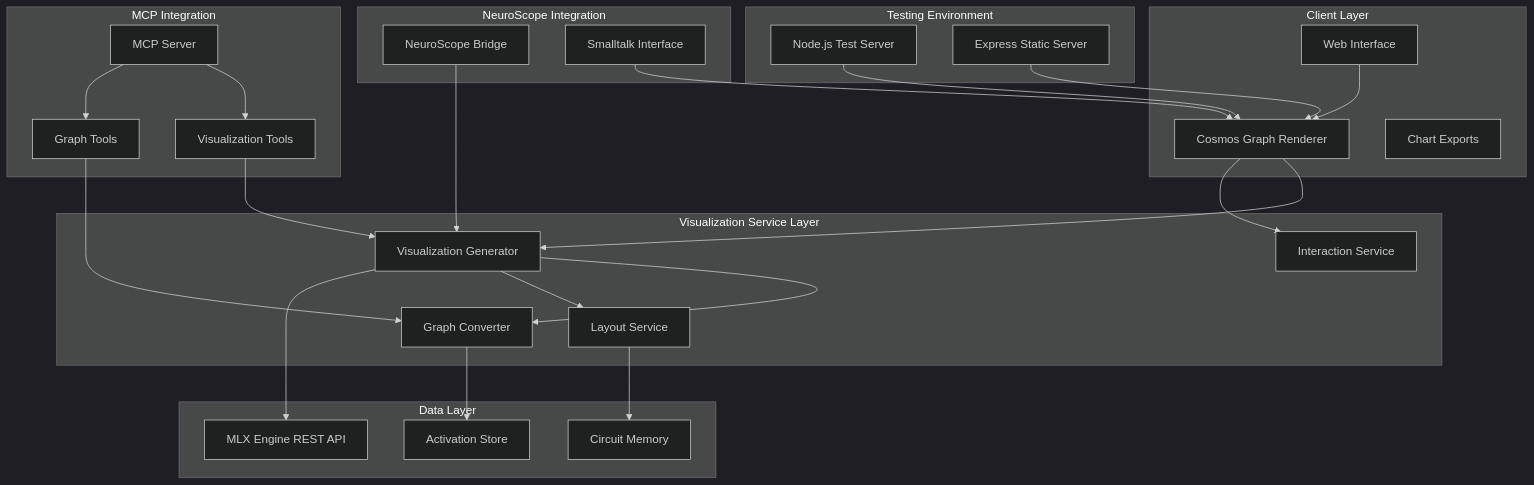
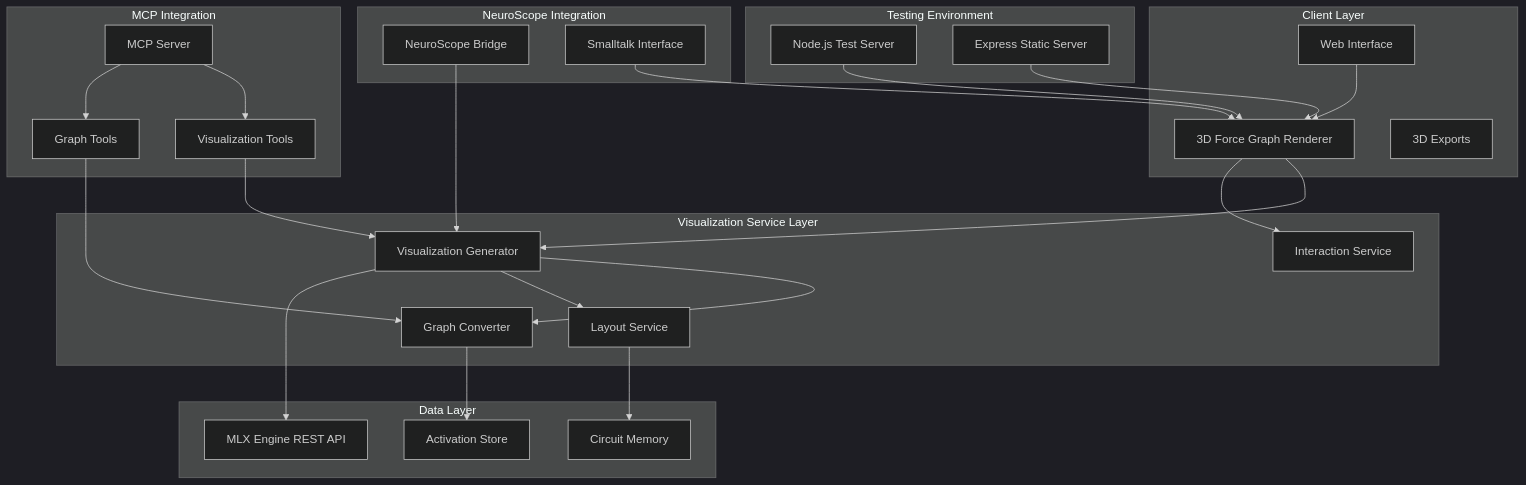
The first of 2 diagrams in .kiro/specs/visualization/design.md (ccrraaiigg/mlx-engine-neuroscope), drawn with Mermaid (dark theme) before and after one commit. The commit also changed other lines of this file and 11 other files, not shown here.

````diff
--- a/.kiro/specs/visualization/design.md
+++ b/.kiro/specs/visualization/design.md
@@ -22,58 +22,58 @@
 ```mermaid
 graph TB
     subgraph "Client Layer"
-        CG[Cosmos Graph Renderer]
+        FG[3D Force Graph Renderer]
         WI[Web Interface]
-        CE[Chart Exports]
+        CE[3D Exports]
     end
     
     subgraph "Visualization Service Layer"
         VG[Visualization Generator]
         GC[Graph Converter]
         LS[Layout Service]
         IS[Interaction Service]
     end
     
     subgraph "MCP Integration"
         MCP[MCP Server]
         VT[Visualization Tools]
         GT[Graph Tools]
     end
     
     subgraph "Data Layer"
         MLX[MLX Engine REST API]
         AS[Activation Store]
         CM[Circuit Memory]
     end
     
     subgraph "NeuroScope Integration"
         NSB[NeuroScope Bridge]
         ST[Smalltalk Interface]
     end
     
     subgraph "Testing Environment"
         NJS[Node.js Test Server]
         EXP[Express Static Server]
     end
     
-    WI --> CG
-    CG --> VG
+    WI --> FG
+    FG --> VG
     VG --> GC
     VG --> LS
-    CG --> IS
+    FG --> IS
     
     VT --> VG
     GT --> GC
     MCP --> VT
     MCP --> GT
     
     VG --> MLX
     GC --> AS
     LS --> CM
     
     NSB --> VG
-    ST --> CG
+    ST --> FG
     
-    NJS --> CG
-    EXP --> CG
+    NJS --> FG
+    EXP --> FG
 ```
````
